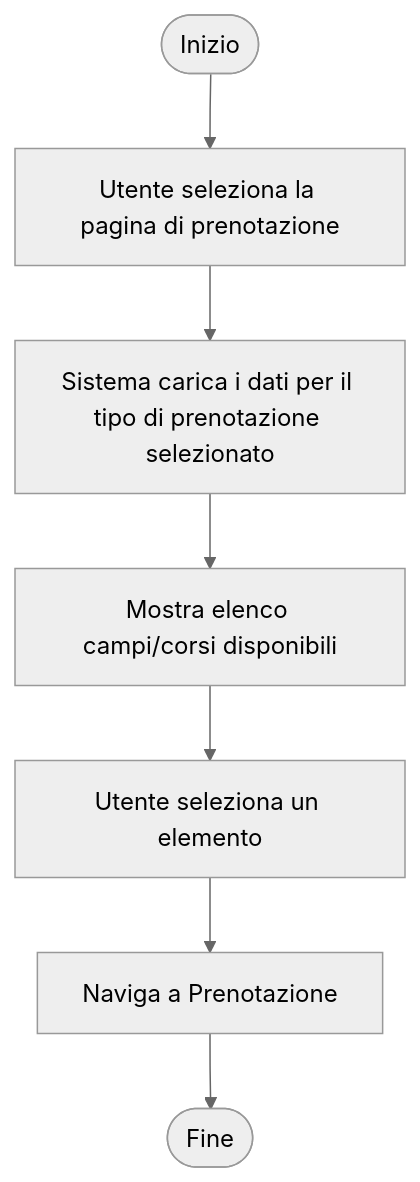
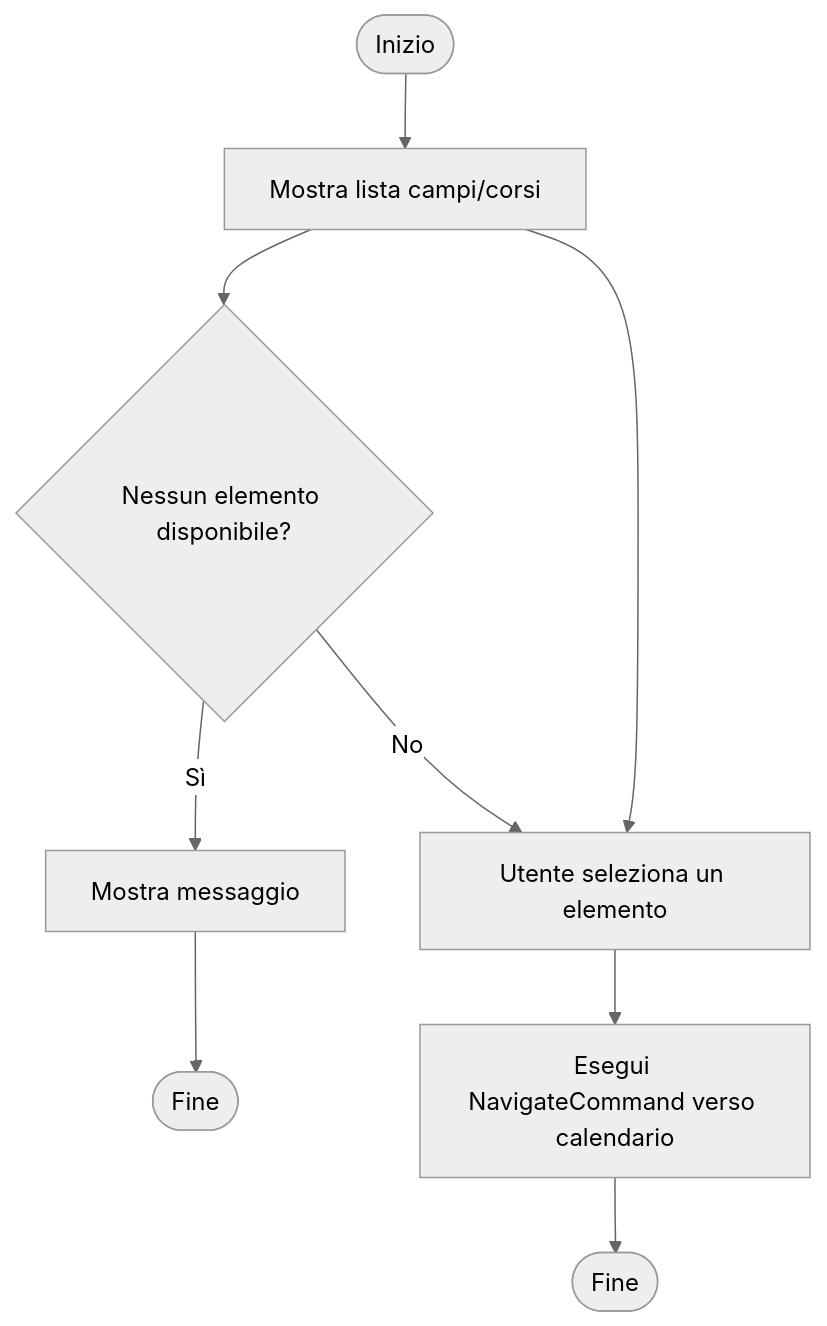
The first of 3 diagrams in consegna docu/moduli/selezione_sport/frontend/design.md (mb4dev/progetto-prova), drawn with Mermaid (neutral theme) before and after one commit. The commit also changed other lines of this file and 93 other files, not shown here.

````diff
--- a/consegna docu/moduli/selezione_sport/frontend/design.md
+++ b/consegna docu/moduli/selezione_sport/frontend/design.md
@@ -11,9 +14,13 @@
-```mermaid 
+```mermaid
 flowchart TD
-    Start([Inizio]) --> SelectSport[Utente seleziona la pagina di prenotazione]
-    SelectSport --> LoadFields[Sistema carica i dati per il tipo di prenotazione selezionato]
-    LoadFields --> ShowFields[Mostra elenco campi/corsi disponibili]
-    ShowFields --> SelectField[Utente seleziona un elemento]
-    SelectField --> Navigate[Naviga a Prenotazione]
-    Navigate -->End([Fine])
+    Start([Inizio]) --> ShowList[Mostra lista campi/corsi]
+    ShowList --> UserSelect[Utente seleziona un elemento]
+    ShowList --> NoItems{Nessun elemento disponibile?}
+
+    NoItems -->|Sì| EmptyMsg[Mostra messaggio]
+    EmptyMsg --> End1([Fine])
+    NoItems -->|No| UserSelect
+
+    UserSelect --> NavigateCalendar[Esegui NavigateCommand verso calendario]
+    NavigateCalendar --> End2([Fine])
 ```
````
